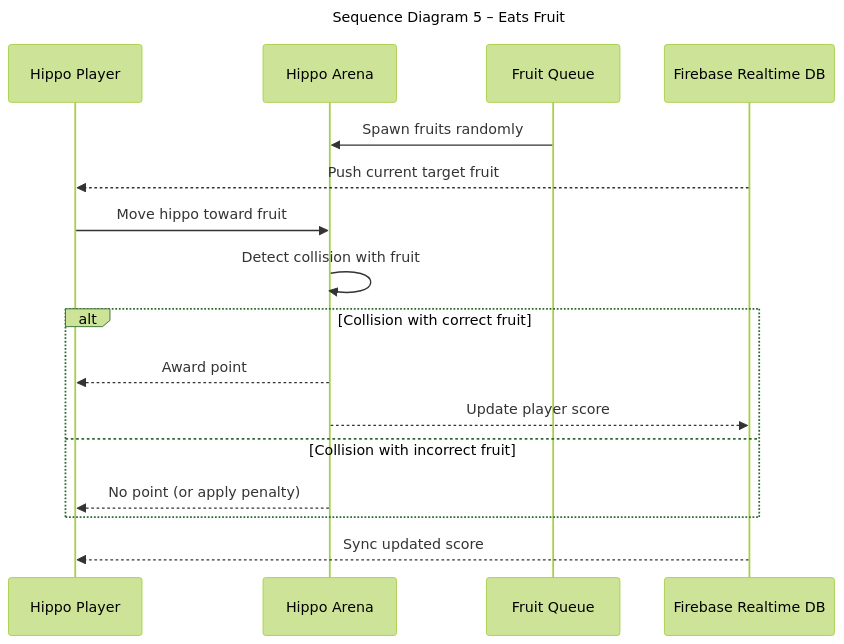
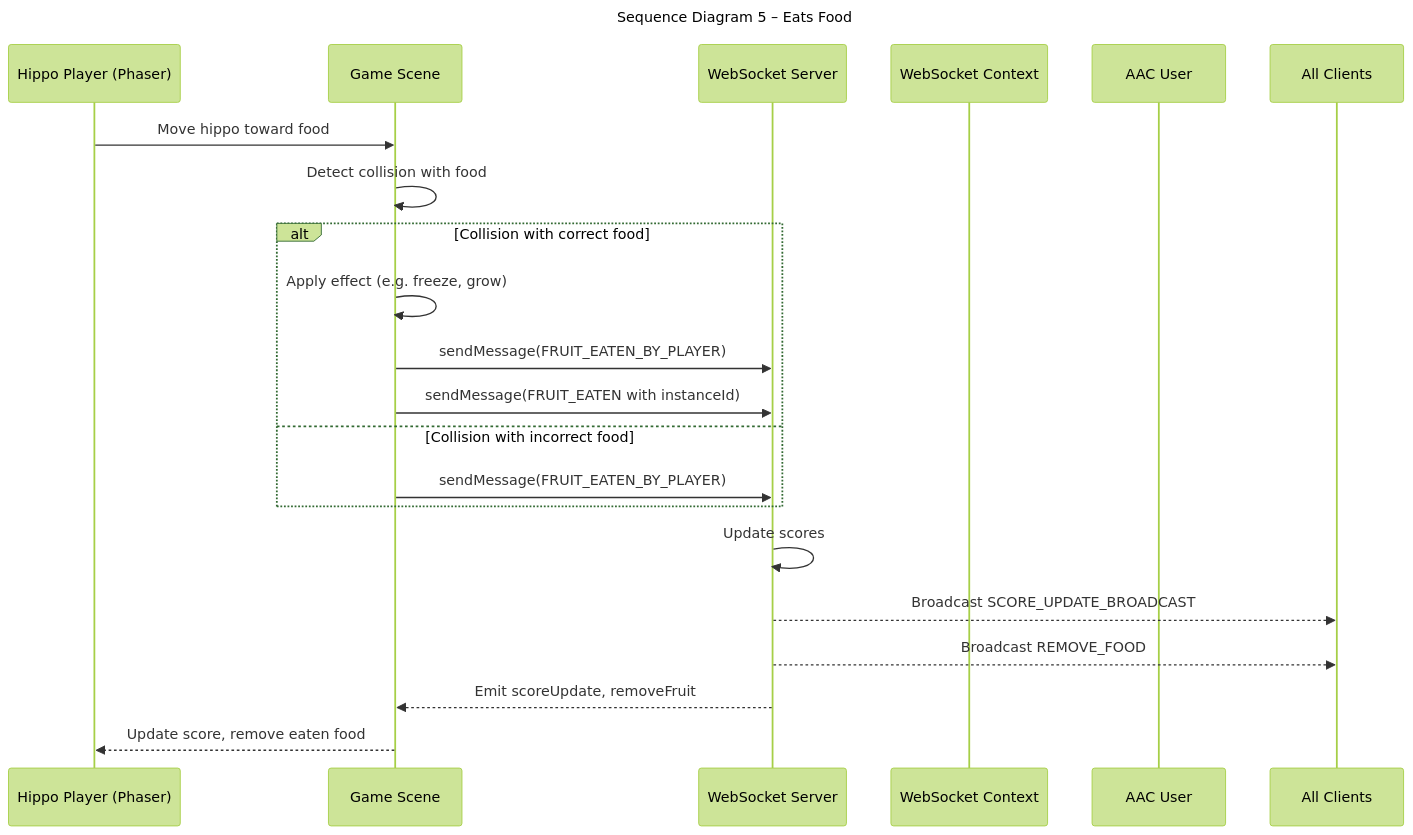
The fifth of 7 diagrams in documentation/docs/system-architecture/sequence-diagrams.md (tug74295/project-acc-hungry-hippos), drawn with Mermaid (forest theme) before and after one commit. The commit also changed other lines of this file and 2 other files, not shown here.

Commit message:
Updated docs system overview, usecase descriptions, and usecase 4 and 5 sequence diagram

````diff
--- a/documentation/docs/system-architecture/sequence-diagrams.md
+++ b/documentation/docs/system-architecture/sequence-diagrams.md
@@ -191,27 +194,31 @@
 ```mermaid
 ---
-title: Sequence Diagram 5 – Eats Fruit
+title: Sequence Diagram 5 – Eats Food
 ---
 
 sequenceDiagram
-participant Hippo_Player as Hippo Player
-participant Hippo_Arena as Hippo Arena
-participant Fruit_Queue as Fruit Queue
-participant Firebase as Firebase Realtime DB
+    participant Hippo_Player as Hippo Player (Phaser)
+    participant Phaser_Scene as Game Scene
+    participant Game_Server as WebSocket Server
+    participant WebSocket_Client as WebSocket Context
+    participant AAC_User as AAC User
 
-Fruit_Queue->>Hippo_Arena: Spawn fruits randomly
-Firebase-->>Hippo_Player: Push current target fruit
+    Hippo_Player->>Phaser_Scene: Move hippo toward food
+    Phaser_Scene->>Phaser_Scene: Detect collision with food
 
-Hippo_Player->>Hippo_Arena: Move hippo toward fruit
-Hippo_Arena->>Hippo_Arena: Detect collision with fruit
+    alt Collision with correct food
+        Phaser_Scene->>Phaser_Scene: Apply effect (e.g. freeze, grow)
+        Phaser_Scene->>Game_Server: sendMessage(FRUIT_EATEN_BY_PLAYER)
+        Phaser_Scene->>Game_Server: sendMessage(FRUIT_EATEN with instanceId)
+    else Collision with incorrect food
+        Phaser_Scene->>Game_Server: sendMessage(FRUIT_EATEN_BY_PLAYER)
+    end
 
-alt Collision with correct fruit
-    Hippo_Arena-->>Hippo_Player: Award point
-    Hippo_Arena-->>Firebase: Update player score
-else Collision with incorrect fruit
-    Hippo_Arena-->>Hippo_Player: No point (or apply penalty)
-end
+    Game_Server->>Game_Server: Update scores
+    Game_Server-->>All Clients: Broadcast SCORE_UPDATE_BROADCAST
+    Game_Server-->>All Clients: Broadcast REMOVE_FOOD
+    Game_Server-->>Phaser_Scene: Emit scoreUpdate, removeFruit
 
-Firebase-->>Hippo_Player: Sync updated score
+    Phaser_Scene-->>Hippo_Player: Update score, remove eaten food
 
 ```
````
